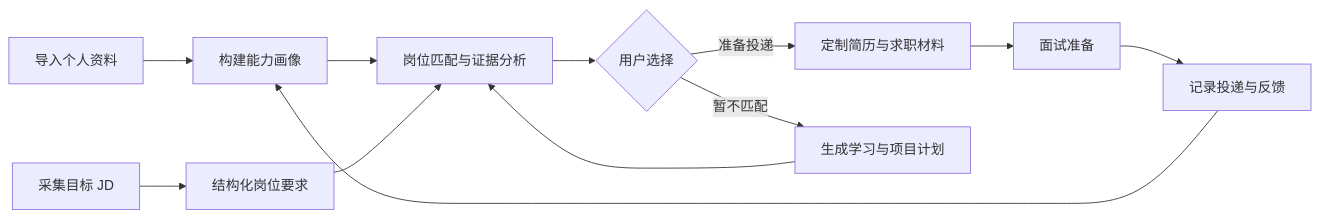
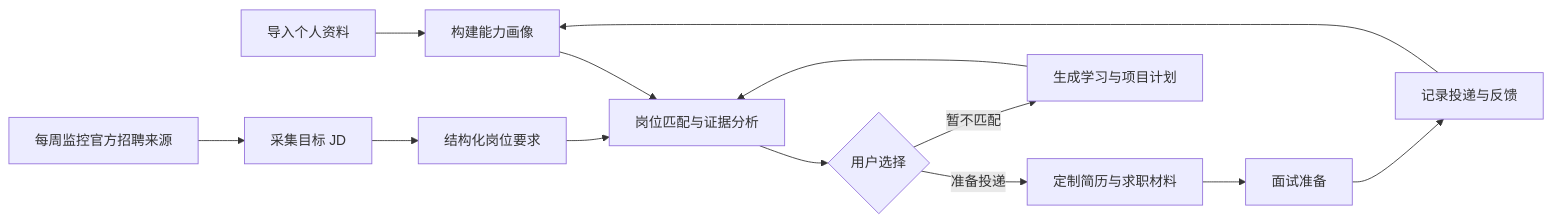
Before and after one commit to eulermonica6-hub/Lina_Agent: the first of 2 diagrams in docs/CODING_PLAN.md, drawn with Mermaid. The commit also changed other lines of this file and 44 other files, not shown here.

````diff
--- a/docs/CODING_PLAN.md
+++ b/docs/CODING_PLAN.md
@@ -41,14 +43,15 @@
 ```mermaid
 flowchart LR
     A[导入个人资料] --> B[构建能力画像]
-    C[采集目标 JD] --> D[结构化岗位要求]
+   M[每周监控官方招聘来源] --> C[采集目标 JD]
+   C --> D[结构化岗位要求]
     B --> E[岗位匹配与证据分析]
     D --> E
     E --> F{用户选择}
     F -->|准备投递| G[定制简历与求职材料]
     F -->|暂不匹配| H[生成学习与项目计划]
     G --> I[面试准备]
     H --> E
     I --> J[记录投递与反馈]
     J --> B
 ```
````
